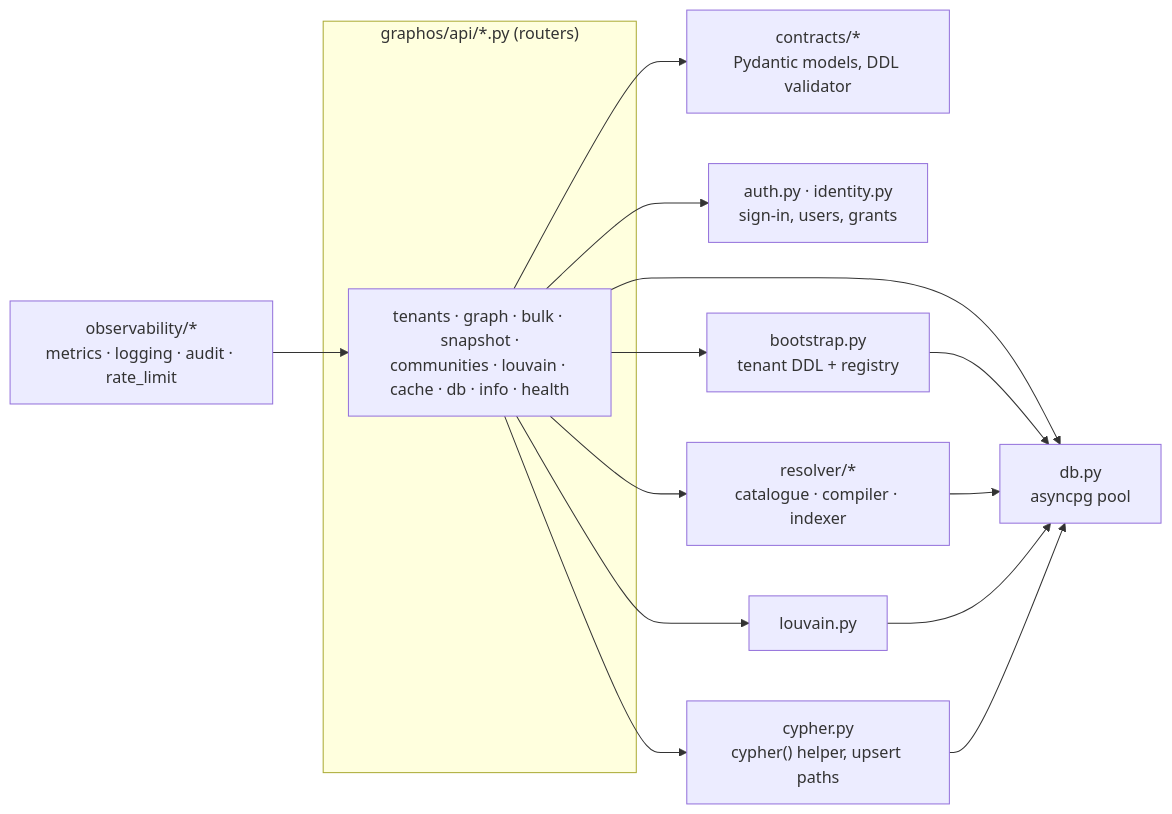
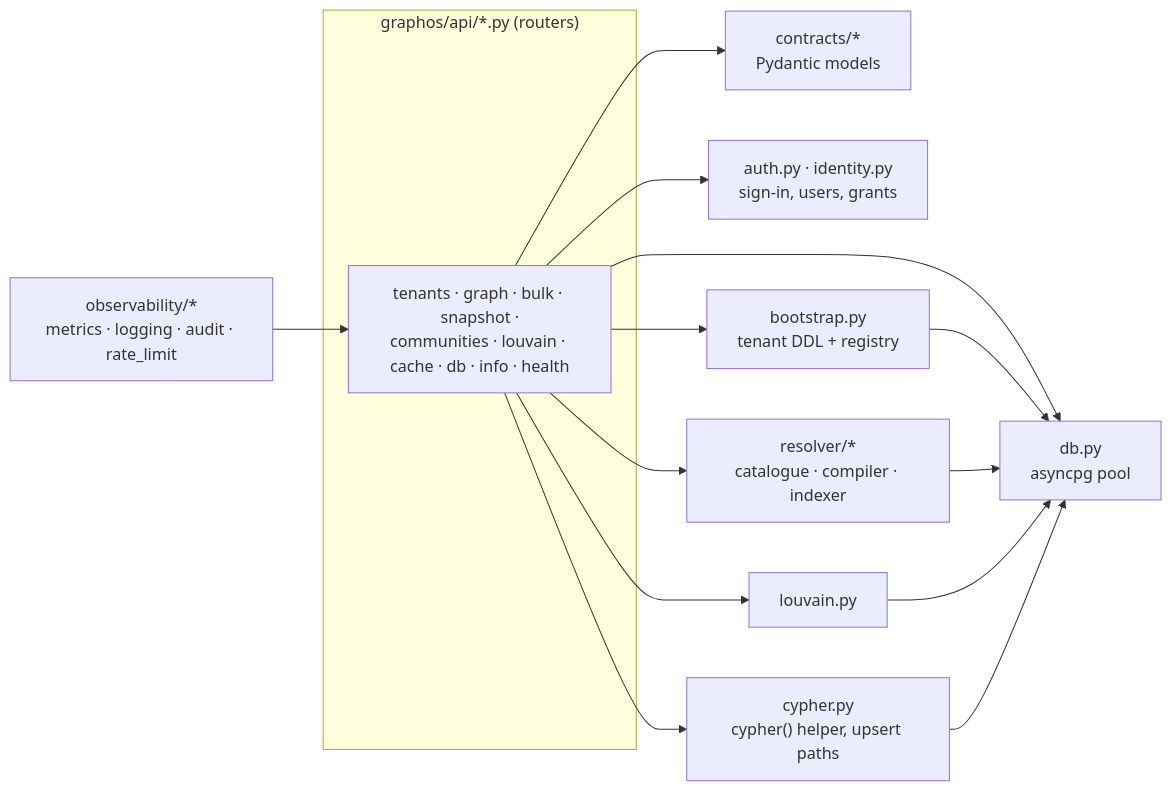
One commit to pomentum/graphos changed the second of 3 diagrams in docs/concept.md. Above: the diagram before and after it, drawn with Mermaid. The commit also changed other lines of this file and 34 other files, not shown here.

````diff
--- a/docs/concept.md
+++ b/docs/concept.md
@@ -869,27 +870,27 @@
 ```mermaid
 flowchart LR
     subgraph api["graphos/api/*.py (routers)"]
         R["tenants · graph · bulk · snapshot ·<br/>communities · louvain · cache · db · info · health"]
     end
-    CON["contracts/*<br/>Pydantic models, DDL validator"]
+    CON["contracts/*<br/>Pydantic models"]
     AUTH["auth.py · identity.py<br/>sign-in, users, grants"]
     OBS["observability/*<br/>metrics · logging · audit · rate_limit"]
     BOOT["bootstrap.py<br/>tenant DDL + registry"]
     RES["resolver/*<br/>catalogue · compiler · indexer"]
     LV["louvain.py"]
     CY["cypher.py<br/>cypher() helper, upsert paths"]
     DB["db.py<br/>asyncpg pool"]
 
     OBS --> R
     R --> CON
     R --> AUTH
     R --> BOOT
     R --> RES
     R --> LV
     R --> CY
     R --> DB
     BOOT --> DB
     RES --> DB
     LV --> DB
     CY --> DB
 ```
````
